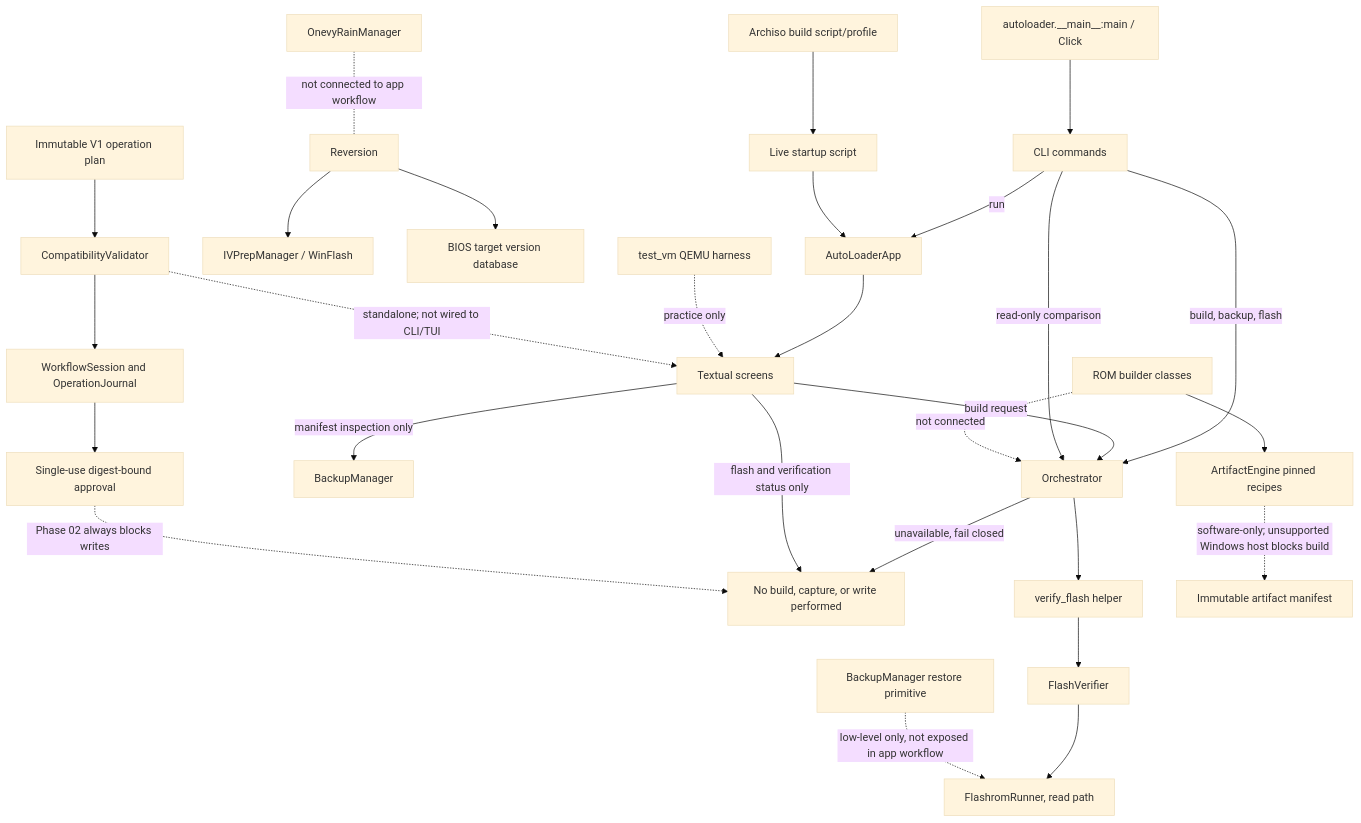
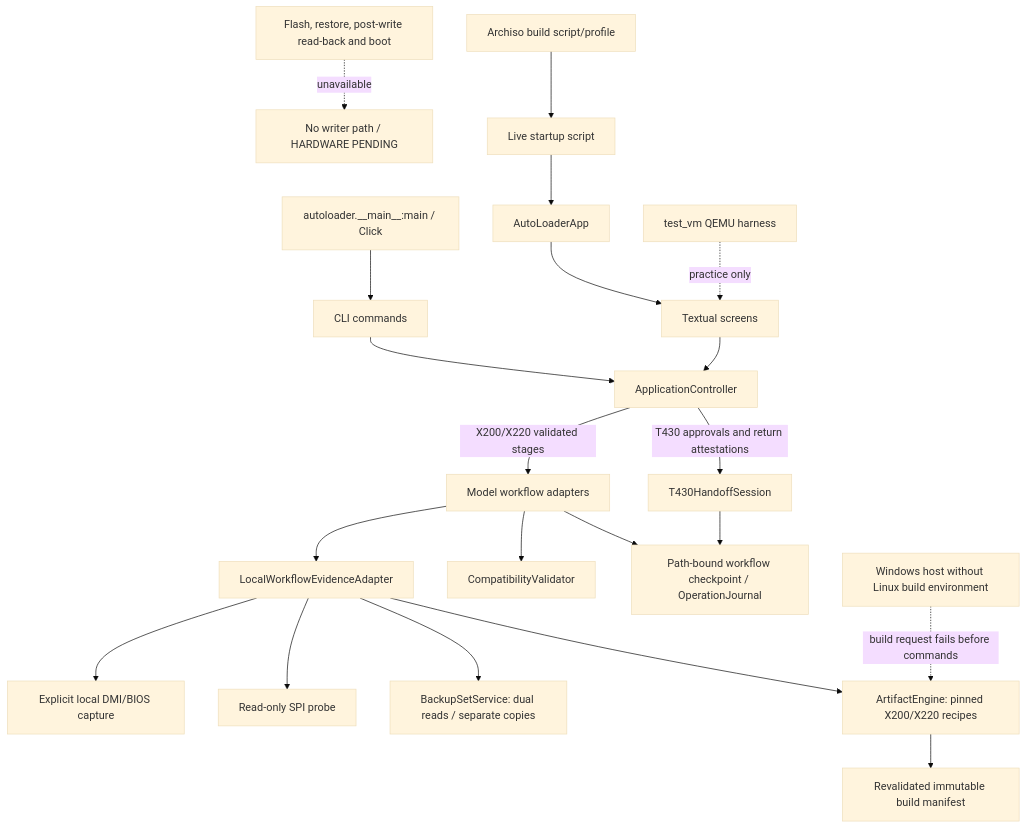
The diagram in docs/v1/ARCHITECTURE.md (abharrison1995-droid/Libre_Core-AutoLoader), drawn with Mermaid (base theme) before and after one commit. The commit also changed other lines of this file and 7 other files, not shown here.

Commit message:
Document Phase 08 shared workflow integration

````diff
--- a/docs/v1/ARCHITECTURE.md
+++ b/docs/v1/ARCHITECTURE.md
@@ -5,30 +5,23 @@
 ```mermaid
 flowchart TD
   Entry[autoloader.__main__:main / Click] --> CLI[CLI commands]
-  CLI -->|run| App[AutoLoaderApp]
-  App --> Screens[Textual screens]
-  CLI -->|build, backup, flash| Orch[Orchestrator]
-  Screens -->|build request| Orch
-  Orch -->|unavailable, fail closed| Result[No build, capture, or write performed]
-  CLI -->|read-only comparison| Orch
-  Orch --> Verify[verify_flash helper]
-  Verify --> FlashVerifier[FlashVerifier]
-  FlashVerifier --> Runner[FlashromRunner, read path]
-  Screens -->|manifest inspection only| Backup[BackupManager]
-  Screens -->|flash and verification status only| Result
-  Builder[ROM builder classes] -. not connected .-> Orch
-  Builder --> ArtifactEngine[ArtifactEngine pinned recipes]
-  ArtifactEngine -. software-only; unsupported Windows host blocks build .-> ArtifactManifest[Immutable artifact manifest]
-  Restore[BackupManager restore primitive] -. low-level only, not exposed in app workflow .-> Runner
-  Reversion --> IVprep[IVPrepManager / WinFlash]
-  Reversion --> BIOSDB[BIOS target version database]
-  Onevy[OnevyRainManager] -. not connected to app workflow .- Reversion
+  CLI --> Controller[ApplicationController]
+  App[AutoLoaderApp] --> Screens[Textual screens]
+  Screens --> Controller
+  Controller -->|T430 approvals and return attestations| T430[T430HandoffSession]
+  Controller -->|X200/X220 validated stages| XWorkflow[Model workflow adapters]
+  XWorkflow --> LocalAdapter[LocalWorkflowEvidenceAdapter]
+  LocalAdapter --> DMI[Explicit local DMI/BIOS capture]
+  LocalAdapter --> Probe[Read-only SPI probe]
+  LocalAdapter --> Backup[BackupSetService: dual reads / separate copies]
+  LocalAdapter --> Artifact[ArtifactEngine: pinned X200/X220 recipes]
+  Artifact --> Manifest[Revalidated immutable build manifest]
+  XWorkflow --> Policy[CompatibilityValidator]
+  XWorkflow --> Journal[Path-bound workflow checkpoint / OperationJournal]
+  T430 --> Journal
+  Writer[Flash, restore, post-write read-back and boot] -. unavailable .-> Result[No writer path / HARDWARE PENDING]
+  BuildEnv[Windows host without Linux build environment] -. build request fails before commands .-> Artifact
   USB[Archiso build script/profile] --> Start[Live startup script]
   Start --> App
   VM[test_vm QEMU harness] -. practice only .-> Screens
-  Plan[Immutable V1 operation plan] --> Policy[CompatibilityValidator]
-  Policy --> Journal[WorkflowSession and OperationJournal]
-  Journal --> Approval[Single-use digest-bound approval]
-  Approval -. Phase 02 always blocks writes .-> Result
-  Policy -. standalone; not wired to CLI/TUI .-> Screens
 ```
````
